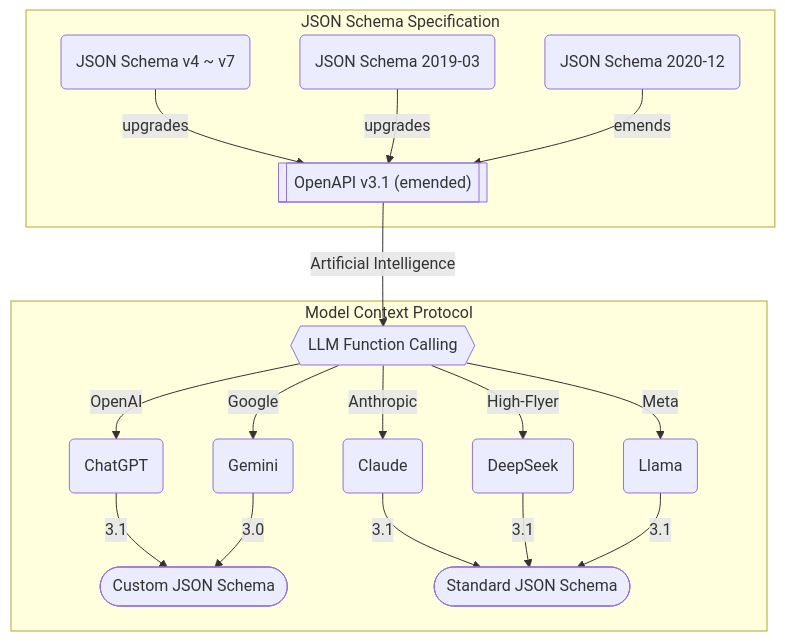
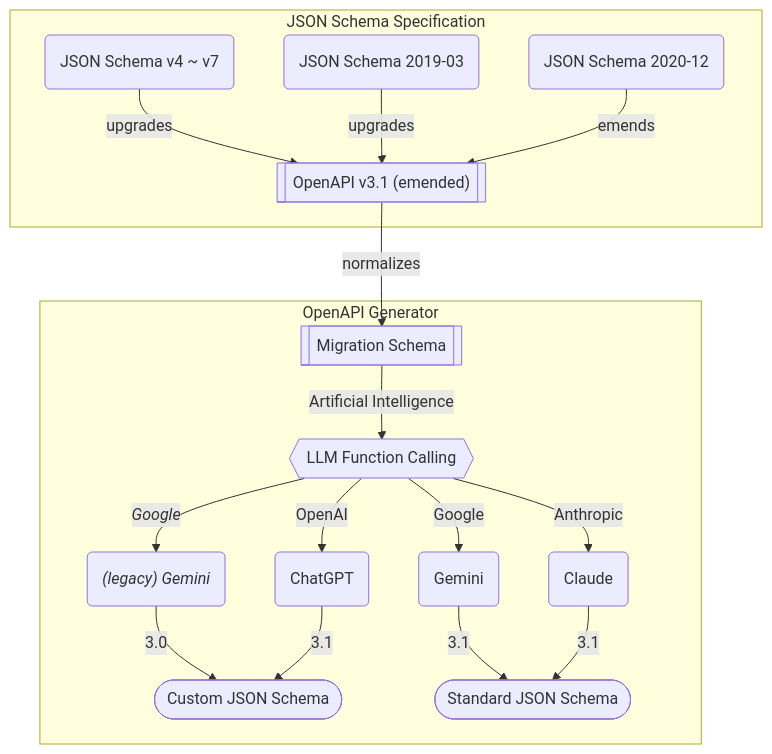
Before and after one commit to samchon/openapi: the fourth of 4 diagrams in README.md, drawn with Mermaid. The commit also changed other lines of this file and 114 other files, not shown here.

First line of the commit message:
Remake `IGeminiSchema` by schema model change. (#209)

````diff
--- a/README.md
+++ b/README.md
@@ -597,21 +343,20 @@
 ```mermaid
 flowchart
   subgraph "JSON Schema Specification"
     schemav4("JSON Schema v4 ~ v7") --upgrades--> emended[["OpenAPI v3.1 (emended)"]]
     schema2910("JSON Schema 2019-03") --upgrades--> emended
     schema2020("JSON Schema 2020-12") --emends--> emended
   end
-  subgraph "Model Context Protocol"
-    emended --"Artificial Intelligence"--> lfc{{"LLM Function Calling"}}
+  subgraph "OpenAPI Generator"
+    emended --normalizes--> migration[["Migration Schema"]]
+    migration --"Artificial Intelligence"--> lfc{{"LLM Function Calling"}}
     lfc --"OpenAI"--> chatgpt("ChatGPT")
     lfc --"Google"--> gemini("Gemini")
     lfc --"Anthropic"--> claude("Claude")
-    lfc --"High-Flyer"--> deepseek("DeepSeek")
-    lfc --"Meta"--> llama("Llama")
-    chatgpt --"3.1"--> custom(["Custom JSON Schema"])
-    gemini --"3.0"--> custom(["Custom JSON Schema"])
-    claude --"3.1"--> standard(["Standard JSON Schema"])
-    deepseek --"3.1"--> standard
-    llama --"3.1"--> standard
+    lfc --"<i>Google</i>" --> legacy_gemini("<i> (legacy) Gemini</i>")
+    legacy_gemini --"3.0" --> custom(["Custom JSON Schema"])
+    chatgpt --"3.1"--> custom
+    gemini --"3.1"--> standard(["Standard JSON Schema"])
+    claude --"3.1"--> standard
   end
 ```
````
